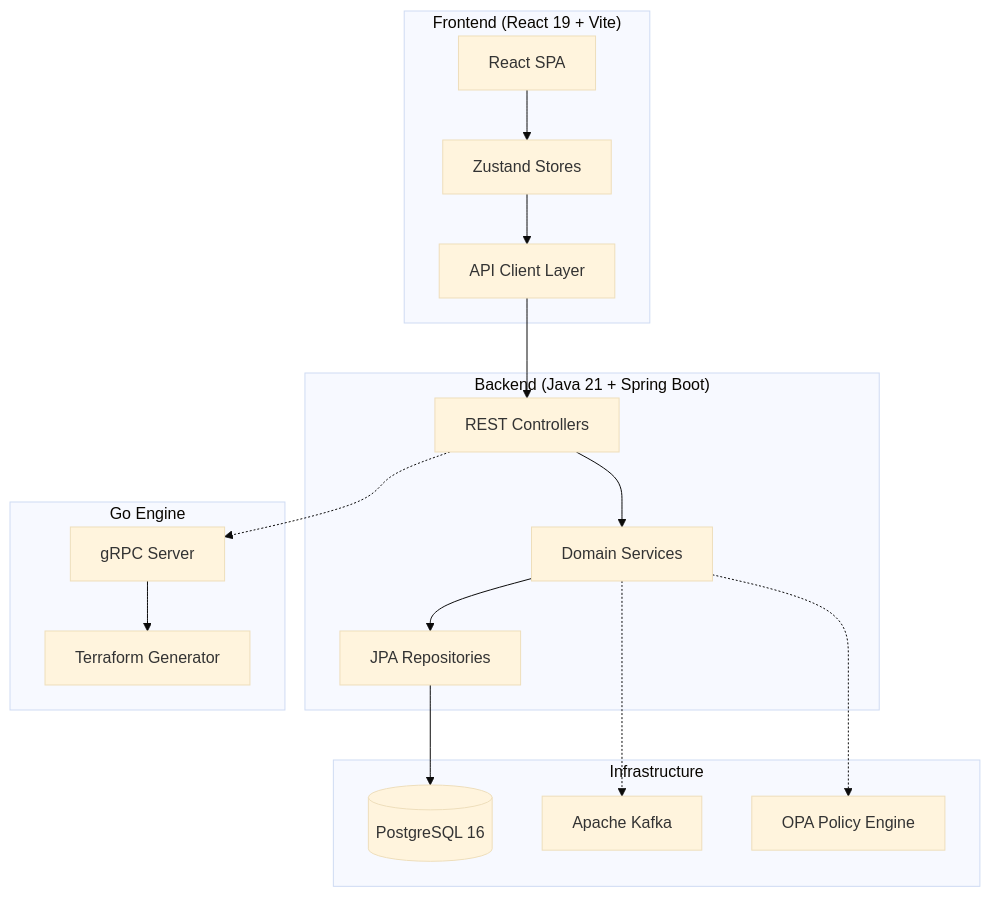
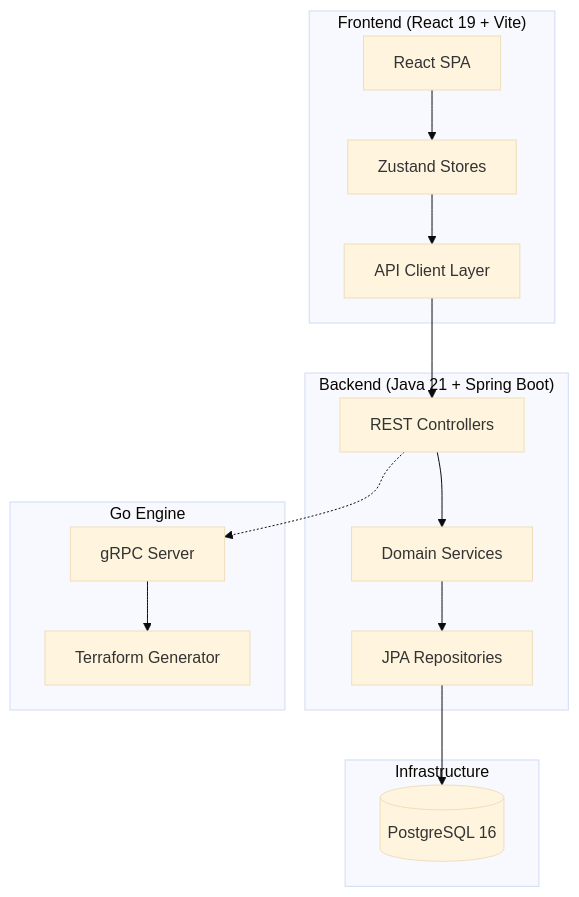
One commit to matalvesdev/cloudbuilder changed the first of 18 diagrams in docs/architecture/architecture-diagrams.md. Above: the diagram before and after it, drawn with Mermaid (base theme). The commit also changed other lines of this file and 159 other files, not shown here.

````diff
--- a/docs/architecture/architecture-diagrams.md
+++ b/docs/architecture/architecture-diagrams.md
@@ -5,36 +5,32 @@
 ```mermaid
 graph TB
     subgraph "Frontend (React 19 + Vite)"
         UI[React SPA]
         Stores[Zustand Stores]
         API[API Client Layer]
     end
 
     subgraph "Backend (Java 21 + Spring Boot)"
         Controllers[REST Controllers]
         Services[Domain Services]
         Repositories[JPA Repositories]
     end
 
     subgraph "Infrastructure"
         PG[(PostgreSQL 16)]
-        Kafka[Apache Kafka]
-        OPA[OPA Policy Engine]
     end
 
     subgraph "Go Engine"
         GRPC[gRPC Server]
         Terraform[Terraform Generator]
     end
 
     UI --> Stores
     Stores --> API
     API --> Controllers
     Controllers --> Services
     Services --> Repositories
     Repositories --> PG
-    Services -.-> Kafka
-    Services -.-> OPA
     Controllers -.-> GRPC
     GRPC --> Terraform
 ```
````
